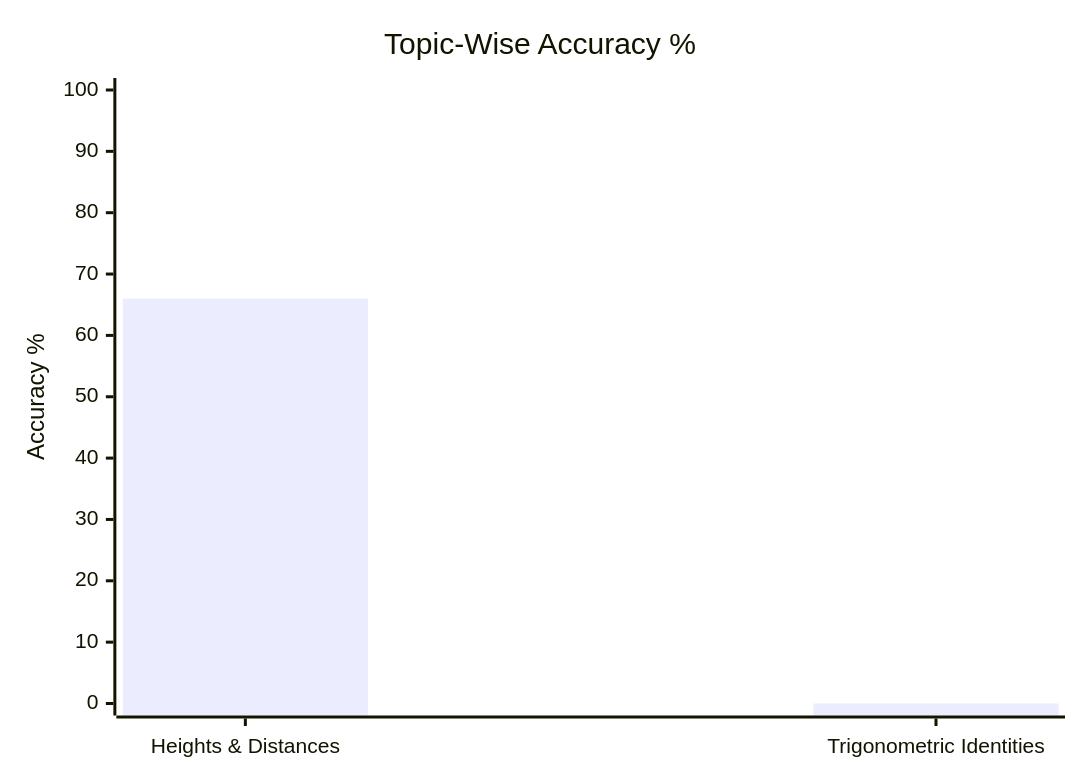
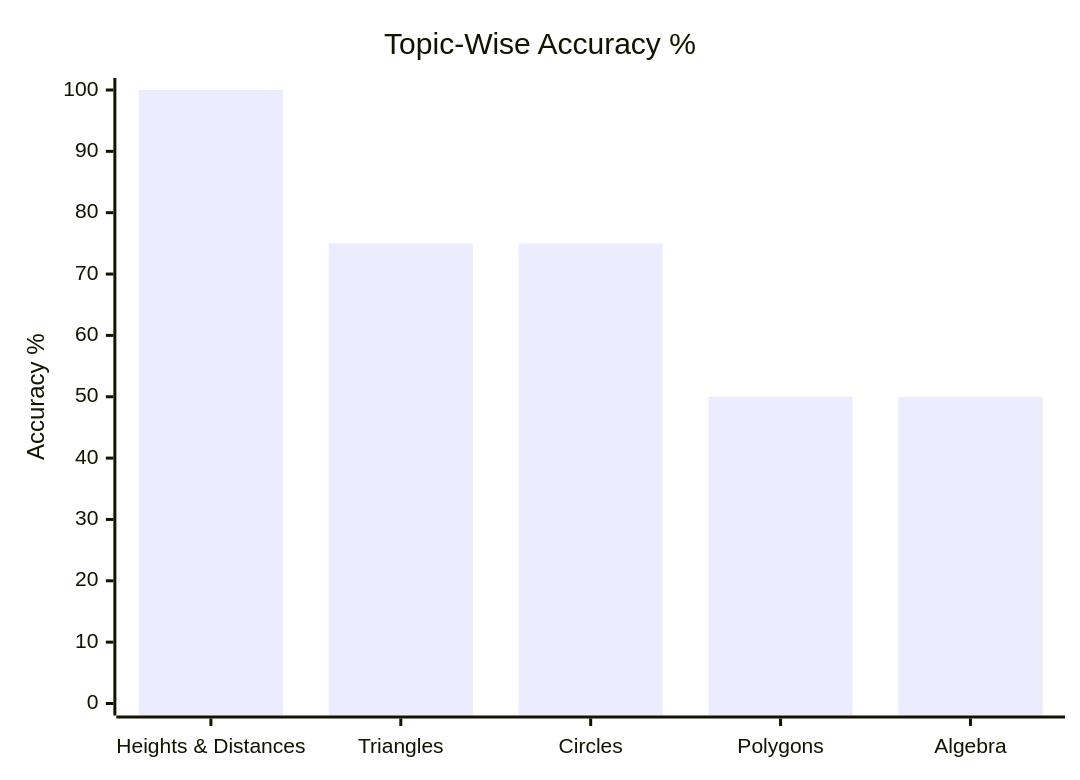
The second of 3 diagrams in content/cds/elementary-mathematics/elementary_mathematics_overview.md (skc-coder/SAGE), drawn with Mermaid before and after one commit. The commit also changed other lines of this file and 3 other files, not shown here.

First line of the commit message:
feat(cds): add extensive 15-question test session with multi-subtopic frequency & accuracy chart

````diff
--- a/content/cds/elementary-mathematics/elementary_mathematics_overview.md
+++ b/content/cds/elementary-mathematics/elementary_mathematics_overview.md
@@ -19,7 +21,7 @@
 ```mermaid
 xychart-beta
     title "Topic-Wise Accuracy %"
-    x-axis ["Heights & Distances", "Trigonometric Identities"]
+    x-axis ["Heights & Distances", "Triangles", "Circles", "Polygons", "Algebra"]
     y-axis "Accuracy %" 0 --> 100
-    bar [66, 0]
+    bar [100, 75, 75, 50, 50]
 ```
````
